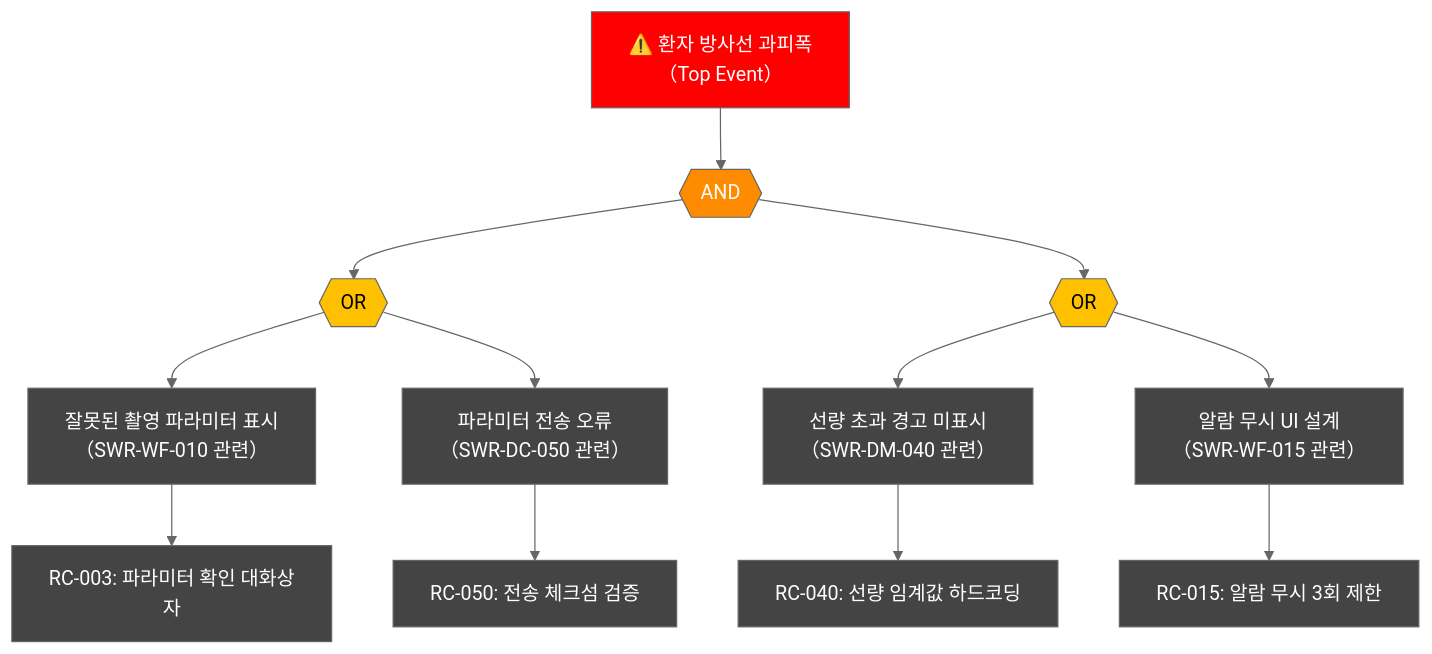
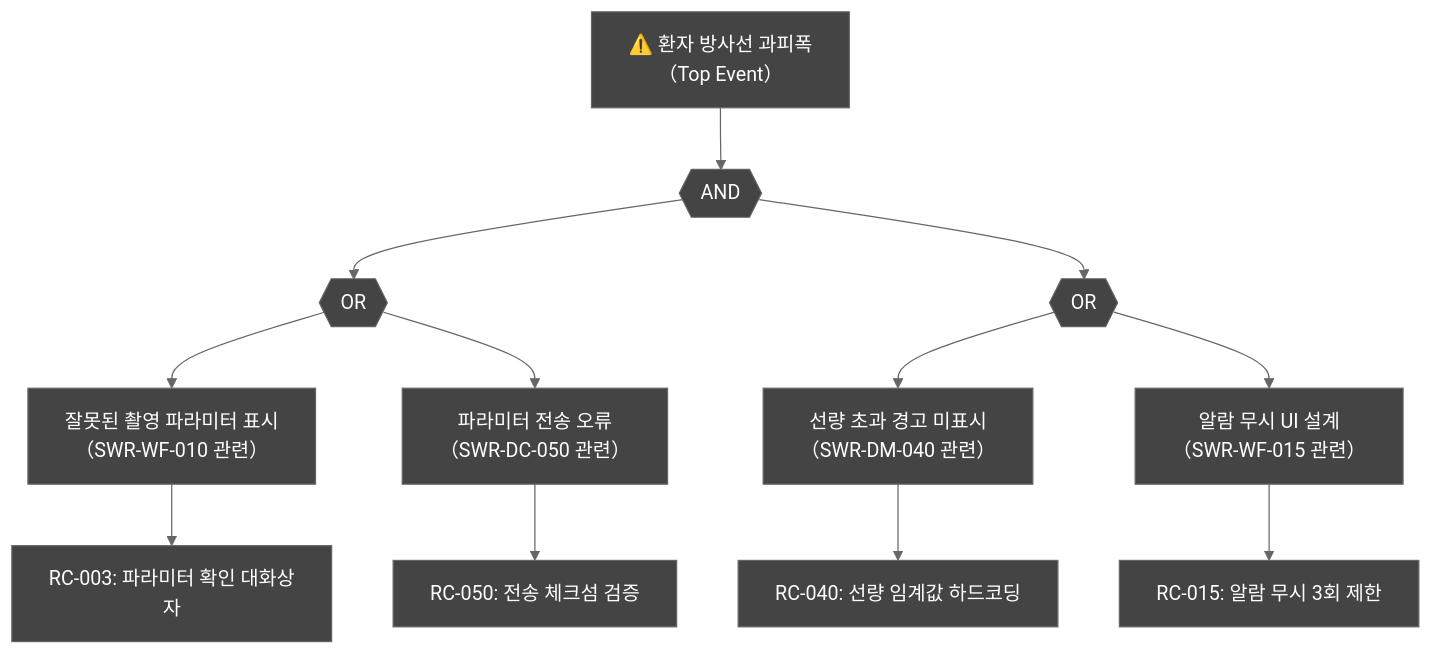
One commit to holee9/console-gui changed the ninth of 13 diagrams in docs/management/DOC-003_SW_Development_Guideline_v1.0.md. Above: the diagram before and after it, drawn with Mermaid (neutral theme). The commit also changed other lines of this file and 35 other files, not shown here.

First line of the commit message:
fix: 전체 Mermaid 차트 색상 진한 회색 통일

````diff
--- a/docs/management/DOC-003_SW_Development_Guideline_v1.0.md
+++ b/docs/management/DOC-003_SW_Development_Guideline_v1.0.md
@@ -860,28 +860,28 @@
 ```mermaid
 graph TD
     classDef default fill:#444,stroke:#666,color:#fff
     TOP["⚠️ 환자 방사선 과피폭<br/>（Top Event）"] 
     AND1{{"AND"}}
     OR1{{"OR"}}
     OR2{{"OR"}}
 
     TOP --> AND1
     AND1 --> OR1
     AND1 --> OR2
 
     OR1 --> C1["잘못된 촬영 파라미터 표시<br/>（SWR-WF-010 관련）"]
     OR1 --> C2["파라미터 전송 오류<br/>（SWR-DC-050 관련）"]
 
     OR2 --> C3["선량 초과 경고 미표시<br/>（SWR-DM-040 관련）"]
     OR2 --> C4["알람 무시 UI 설계<br/>（SWR-WF-015 관련）"]
 
     C1 --> RC1["RC-003: 파라미터 확인 대화상자"]
     C2 --> RC2["RC-050: 전송 체크섬 검증"]
     C3 --> RC3["RC-040: 선량 임계값 하드코딩"]
     C4 --> RC4["RC-015: 알람 무시 3회 제한"]
 
-    style TOP fill:#FF0000,color:#fff
-    style AND1 fill:#FF8C00,color:#fff
-    style OR1 fill:#FFC000,color:#000
-    style OR2 fill:#FFC000,color:#000
+    style TOP fill:#444,color:#fff
+    style AND1 fill:#444,color:#fff
+    style OR1 fill:#444,color:#fff
+    style OR2 fill:#444,color:#fff
 ```
````
